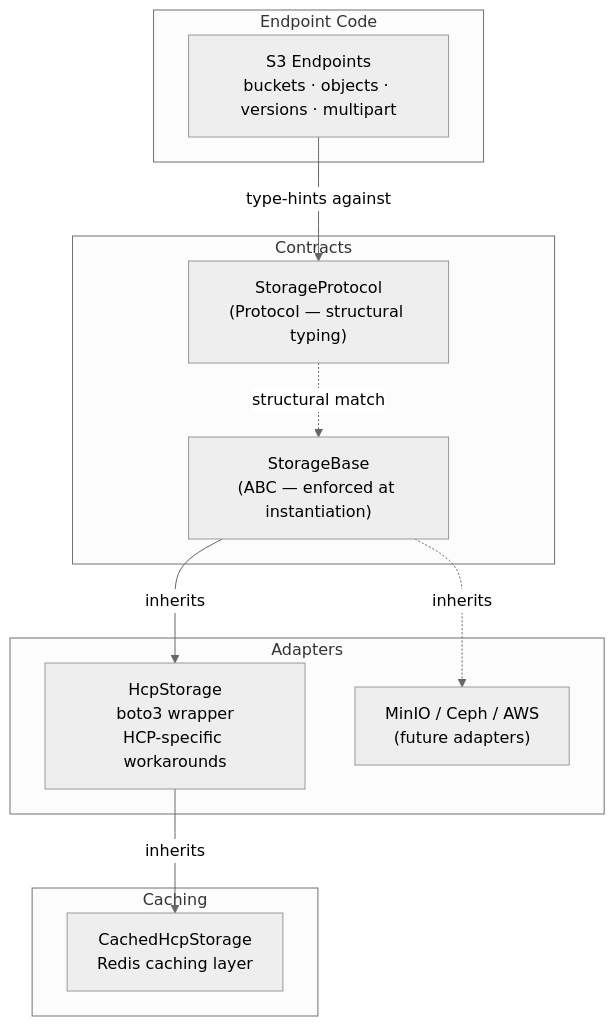
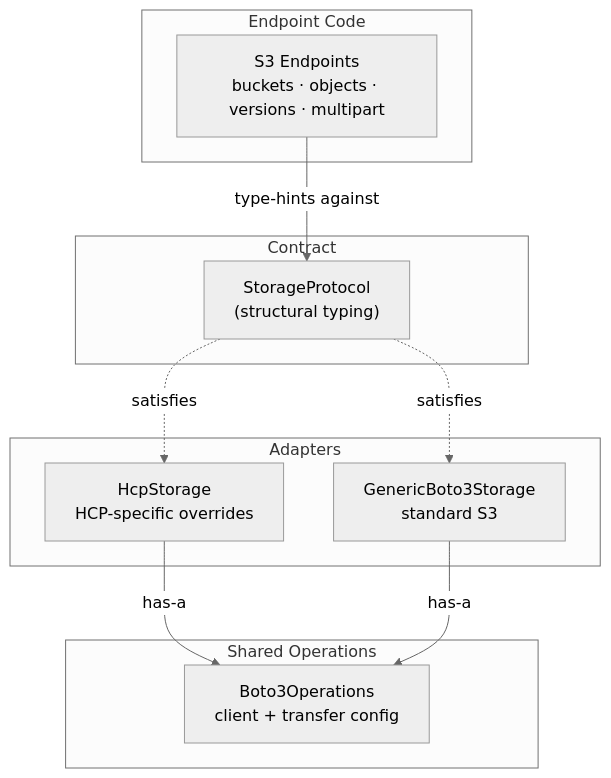
Before and after one commit to AI-Riksarkivet/ra-hcp: the diagram in docs/architecture/storage.md, drawn with Mermaid (neutral theme). The commit also changed other lines of this file and 25 other files, not shown here.

First line of the commit message:
docs: improve architecture pages, enrich HCP concepts, remove raw vendor docs

````diff
--- a/docs/architecture/storage.md
+++ b/docs/architecture/storage.md
@@ -5,26 +5,25 @@
 ```mermaid
 graph TD
     subgraph "Endpoint Code"
         EP["S3 Endpoints<br/>buckets · objects · versions · multipart"]
     end
 
-    subgraph "Contracts"
-        SP["StorageProtocol<br/>(Protocol — structural typing)"]
-        SB["StorageBase<br/>(ABC — enforced at instantiation)"]
+    subgraph "Contract"
+        SP["StorageProtocol<br/>(structural typing)"]
+    end
+
+    subgraph "Shared Operations"
+        OPS["Boto3Operations<br/>client + transfer config"]
     end
 
     subgraph "Adapters"
-        HCP_A["HcpStorage<br/>boto3 wrapper<br/>HCP-specific workarounds"]
-        FUTURE["MinIO / Ceph / AWS<br/>(future adapters)"]
-    end
-
-    subgraph "Caching"
-        CHCP["CachedHcpStorage<br/>Redis caching layer"]
+        HCP_A["HcpStorage<br/>HCP-specific overrides"]
+        GEN["GenericBoto3Storage<br/>standard S3"]
     end
 
     EP -->|"type-hints against"| SP
-    SP -.->|"structural match"| SB
-    SB -->|"inherits"| HCP_A
-    SB -.->|"inherits"| FUTURE
-    HCP_A -->|"inherits"| CHCP
+    SP -.->|"satisfies"| HCP_A
+    SP -.->|"satisfies"| GEN
+    HCP_A -->|"has-a"| OPS
+    GEN -->|"has-a"| OPS
 ```
````
